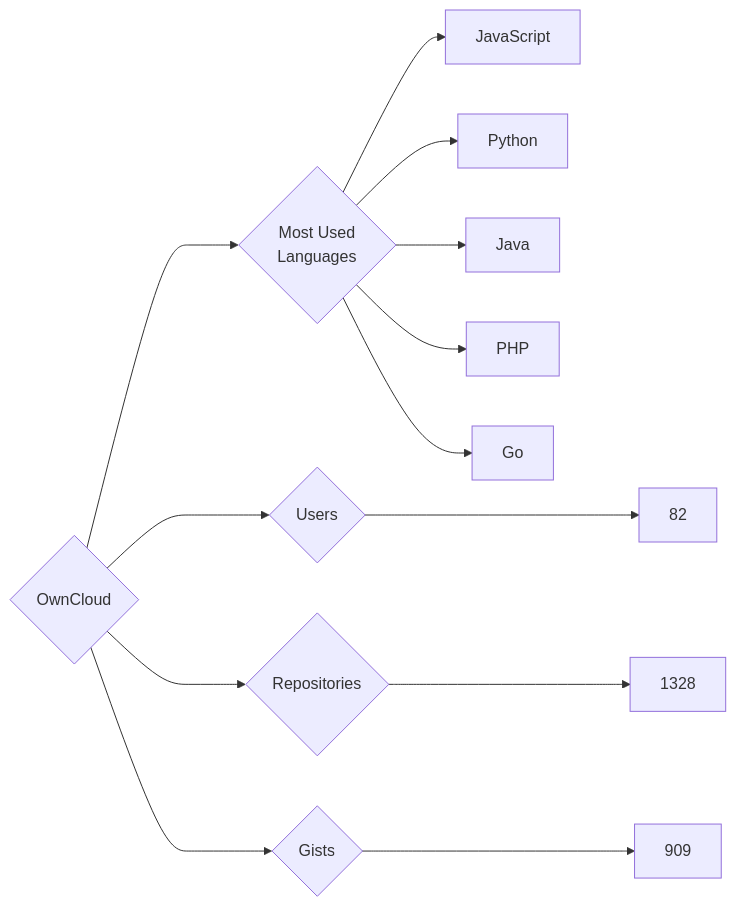
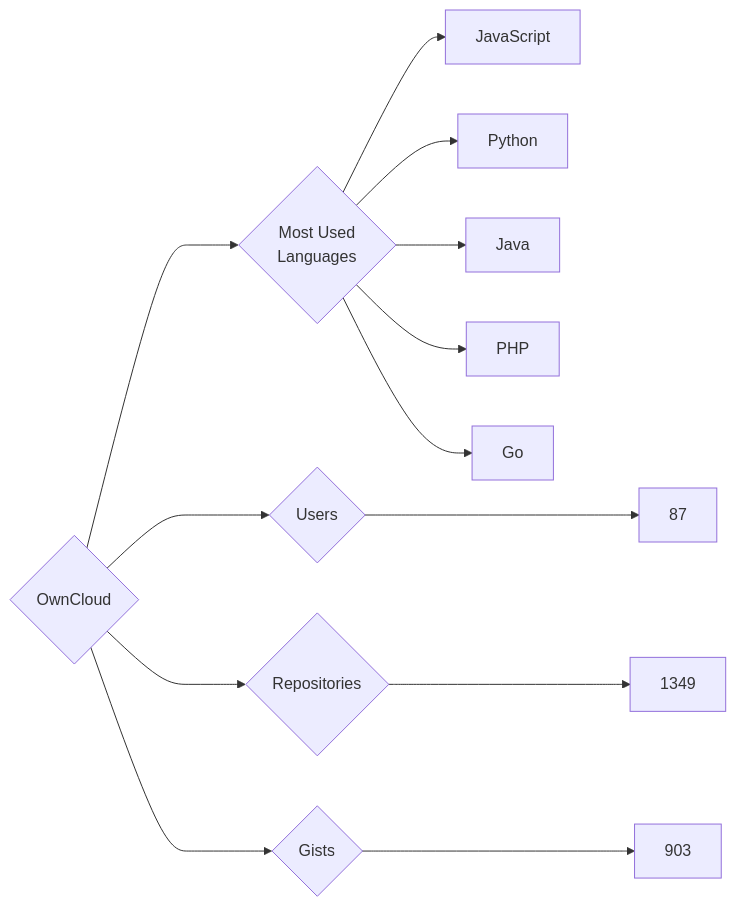
One commit to trickest/insiders changed the diagram in targets/OwnCloud/README.md. Above: the diagram before and after it, drawn with Mermaid. The commit also changed 1389 other files, not shown here.

````diff
--- a/targets/OwnCloud/README.md
+++ b/targets/OwnCloud/README.md
@@ -3,13 +3,13 @@
 ```mermaid
 graph LR
 COMPANY_NAME{OwnCloud}
-COMPANY_NAME ---> U{Users} ---> UN[82]
-COMPANY_NAME ---> R{Repositories} ---> RN[1328]
-COMPANY_NAME ---> G{Gists} ---> GN[909]
+COMPANY_NAME ---> U{Users} ---> UN[87]
+COMPANY_NAME ---> R{Repositories} ---> RN[1349]
+COMPANY_NAME ---> G{Gists} ---> GN[903]
 COMPANY_NAME ---> ML{Most Used<br>Languages}
 ML --> JavaScript[JavaScript]
 ML --> Python[Python]
 ML --> Java[Java]
 ML --> PHP[PHP]
 ML --> Go[Go]
 ```
````
